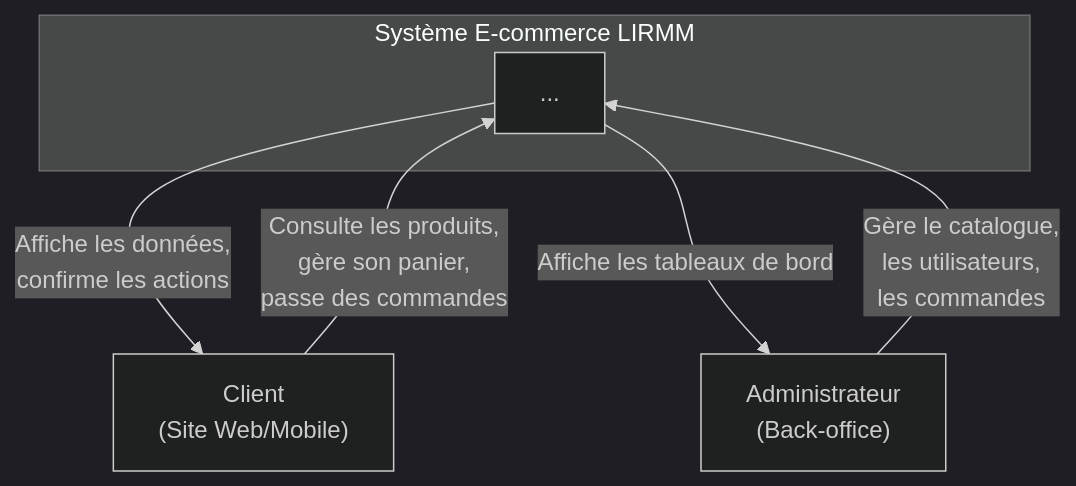
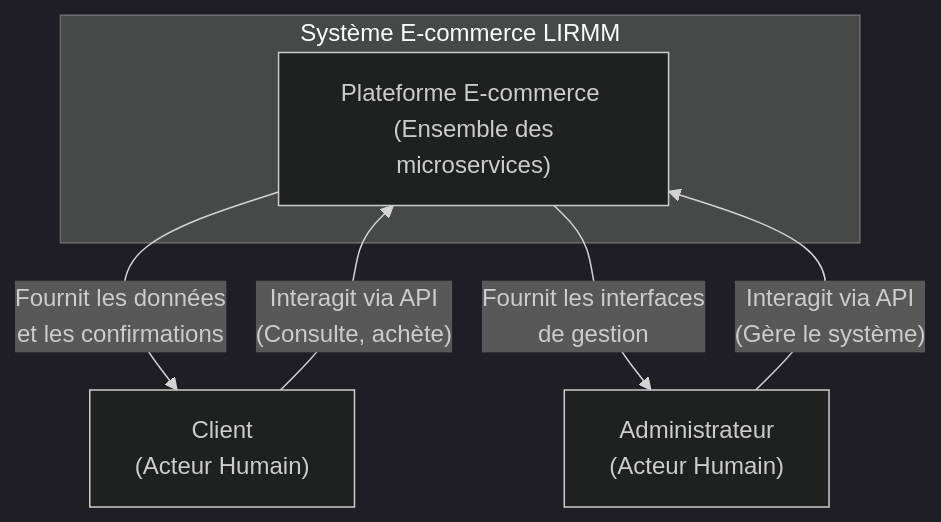
Before and after one commit to HarcheSamir/esisba-lirmm-ecommerce: the first of 8 diagrams in MVP.md, drawn with Mermaid (dark theme). The commit also changed other lines of this file, not shown here.

````diff
--- a/MVP.md
+++ b/MVP.md
@@ -80,15 +78,15 @@
 ```mermaid
 graph TD
     subgraph "Système E-commerce LIRMM"
-        System_Boundary[...]
+        System_Boundary["Plateforme E-commerce <br/> (Ensemble des microservices)"]
     end
 
-    Admin["Administrateur <br/> (Back-office)"]
-    Customer["Client <br/> (Site Web/Mobile)"]
+    Admin["Administrateur <br/> (Acteur Humain)"]
+    Customer["Client <br/> (Acteur Humain)"]
 
-    Customer -- "Consulte les produits, <br/> gère son panier, <br/> passe des commandes" --> System_Boundary
-    System_Boundary -- "Affiche les données, <br/> confirme les actions" --> Customer
+    Customer -- "Interagit via API <br/> (Consulte, achète)" --> System_Boundary
+    System_Boundary -- "Fournit les données <br/> et les confirmations" --> Customer
 
-    Admin -- "Gère le catalogue, <br/> les utilisateurs, <br/> les commandes" --> System_Boundary
-    System_Boundary -- "Affiche les tableaux de bord" --> Admin
+    Admin -- "Interagit via API <br/> (Gère le système)" --> System_Boundary
+    System_Boundary -- "Fournit les interfaces <br/> de gestion" --> Admin
 ```
````
